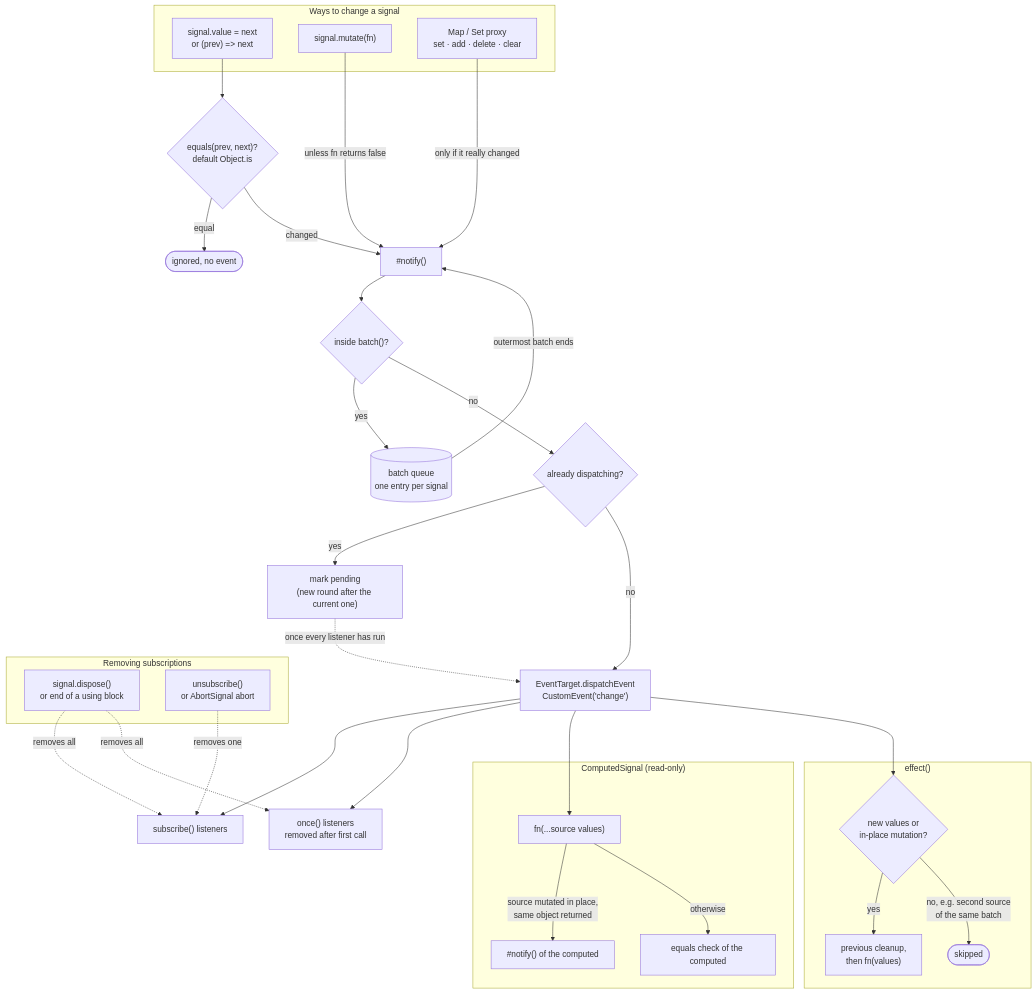
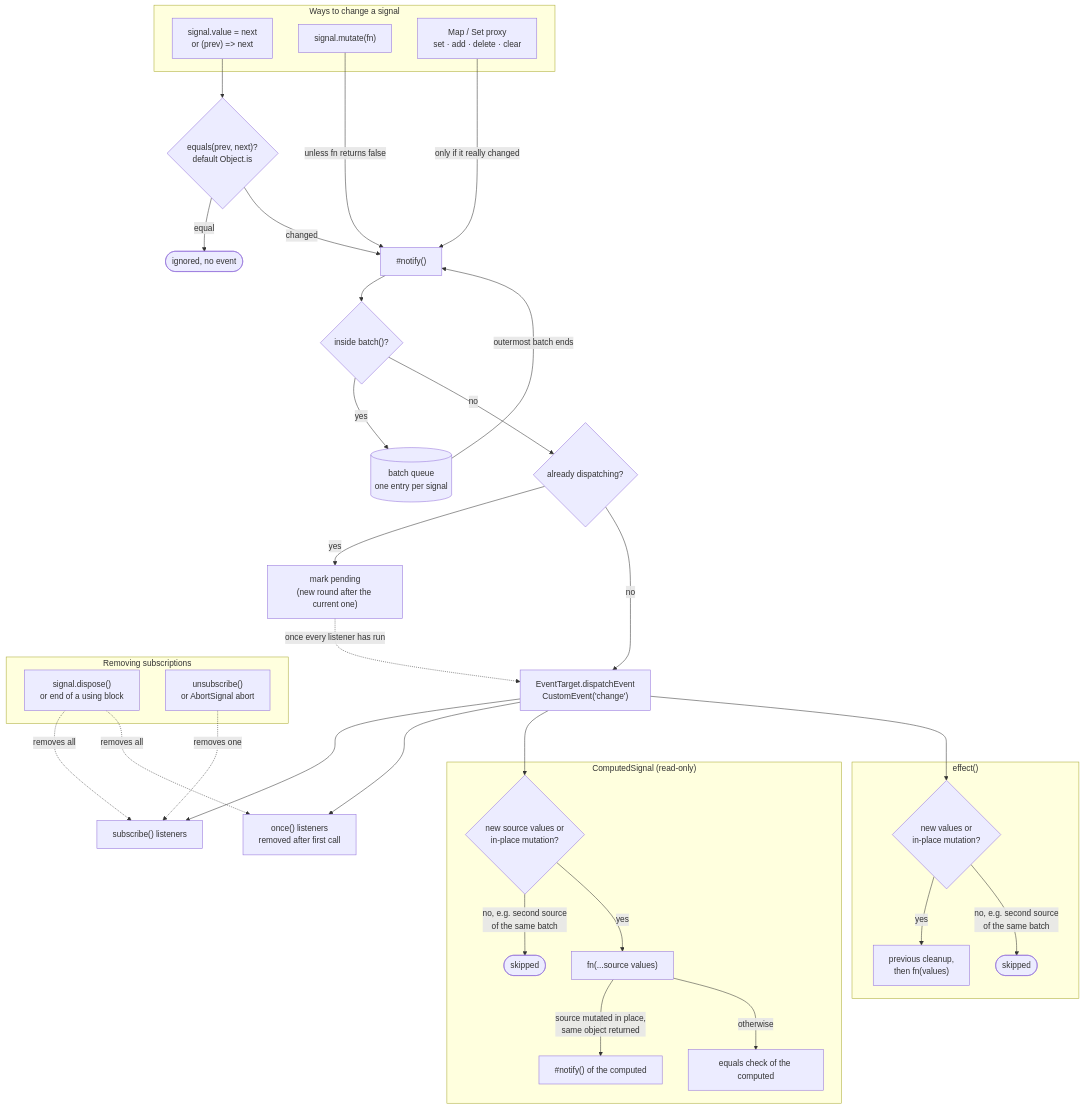
Before and after one commit to ElJijuna/SSignal: the diagram in README.md, drawn with Mermaid. The commit also changed other lines of this file and 5 other files, not shown here.

````diff
--- a/README.md
+++ b/README.md
@@ -102,48 +102,50 @@
 ```mermaid
 flowchart TD
   subgraph writes["Ways to change a signal"]
     set["signal.value = next<br/>or (prev) => next"]
     mutate["signal.mutate(fn)"]
     coll["Map / Set proxy<br/>set · add · delete · clear"]
   end
 
   set --> equals{"equals(prev, next)?<br/>default Object.is"}
   equals -- "equal" --> skip(["ignored, no event"])
   equals -- "changed" --> notify
   mutate -- "unless fn returns false" --> notify
   coll -- "only if it really changed" --> notify
 
   notify["#notify()"] --> inBatch{"inside batch()?"}
   inBatch -- "yes" --> queue[("batch queue<br/>one entry per signal")]
   queue -- "outermost batch ends" --> notify
   inBatch -- "no" --> dispatching{"already dispatching?"}
   dispatching -- "yes" --> pending["mark pending<br/>(new round after the current one)"]
   dispatching -- "no" --> dispatch["EventTarget.dispatchEvent<br/>CustomEvent('change')"]
   pending -. "once every listener has run" .-> dispatch
 
   dispatch --> subscribe["subscribe() listeners"]
   dispatch --> once["once() listeners<br/>removed after first call"]
-  dispatch --> recompute
+  dispatch --> sourcesChanged
   dispatch --> changed
 
   subgraph computed["ComputedSignal (read-only)"]
-    recompute["fn(...source values)"]
+    sourcesChanged{"new source values or<br/>in-place mutation?"}
+    sourcesChanged -- "no, e.g. second source<br/>of the same batch" --> noRecompute(["skipped"])
+    sourcesChanged -- "yes" --> recompute["fn(...source values)"]
     recompute -- "source mutated in place,<br/>same object returned" --> notify2["#notify() of the computed"]
     recompute -- "otherwise" --> equals2["equals check of the computed"]
   end
 
   subgraph effects["effect()"]
     changed{"new values or<br/>in-place mutation?"}
     changed -- "yes" --> rerun["previous cleanup,<br/>then fn(values)"]
     changed -- "no, e.g. second source<br/>of the same batch" --> noRun(["skipped"])
   end
 
   subgraph teardown["Removing subscriptions"]
     disposeAll["signal.dispose()<br/>or end of a using block"]
     single["unsubscribe()<br/>or AbortSignal abort"]
   end
 
   disposeAll -. "removes all" .-> subscribe
   disposeAll -. "removes all" .-> once
   single -. "removes one" .-> subscribe
 ```
````
